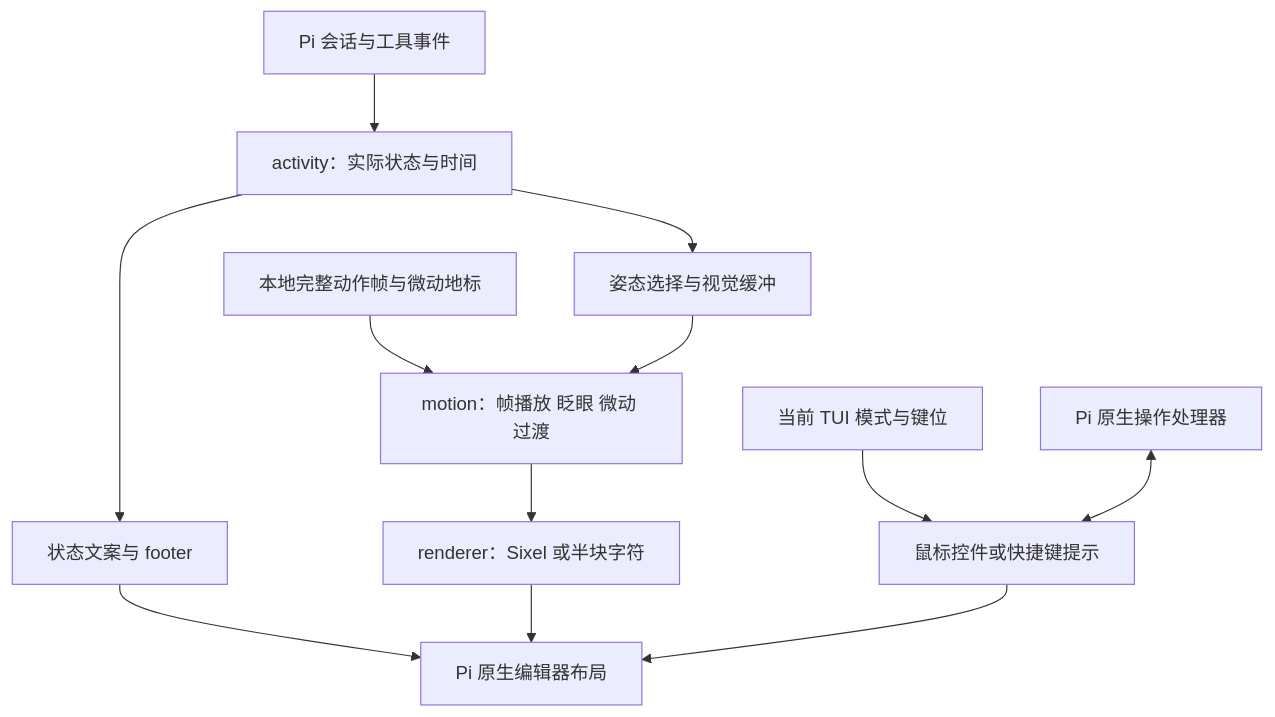
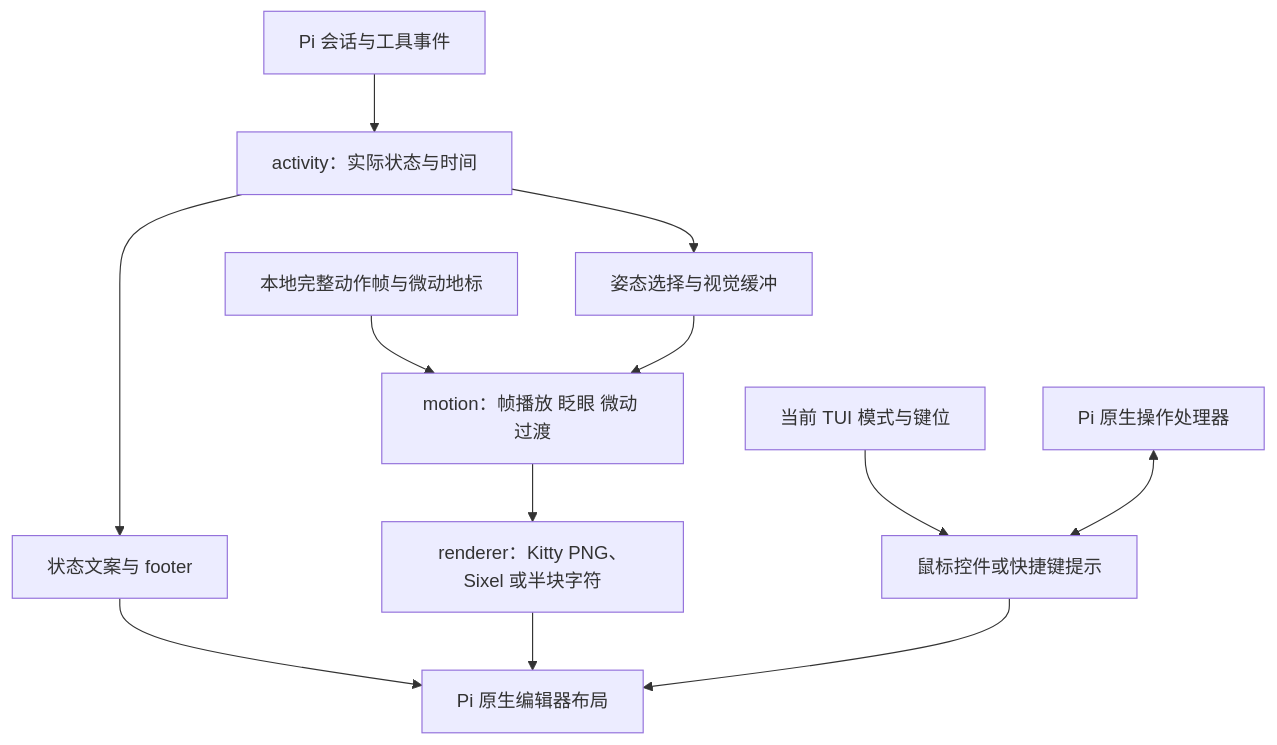
One commit to KouzakiUmi/pi-furry-partner changed the diagram in docs/architecture.md. Above: the diagram before and after it, drawn with Mermaid. The commit also changed other lines of this file and 4465 other files, not shown here.

````diff
--- a/docs/architecture.md
+++ b/docs/architecture.md
@@ -9,14 +9,14 @@
 ```mermaid
 flowchart TD
   A[Pi 会话与工具事件] --> B[activity：实际状态与时间]
   B --> C[状态文案与 footer]
   B --> D[姿态选择与视觉缓冲]
   E[本地完整动作帧与微动地标] --> F[motion：帧播放 眨眼 微动 过渡]
   D --> F
-  F --> G[renderer：Sixel 或半块字符]
+  F --> G[renderer：Kitty PNG、Sixel 或半块字符]
   C --> H[Pi 原生编辑器布局]
   G --> H
   I[当前 TUI 模式与键位] --> J[鼠标控件或快捷键提示]
   J --> H
   K[Pi 原生操作处理器] <--> J
 ```
````
